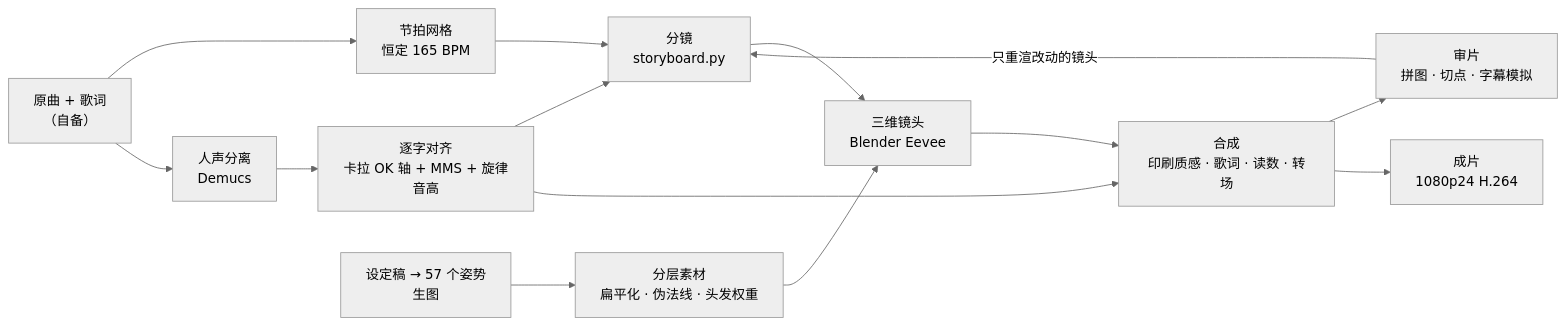
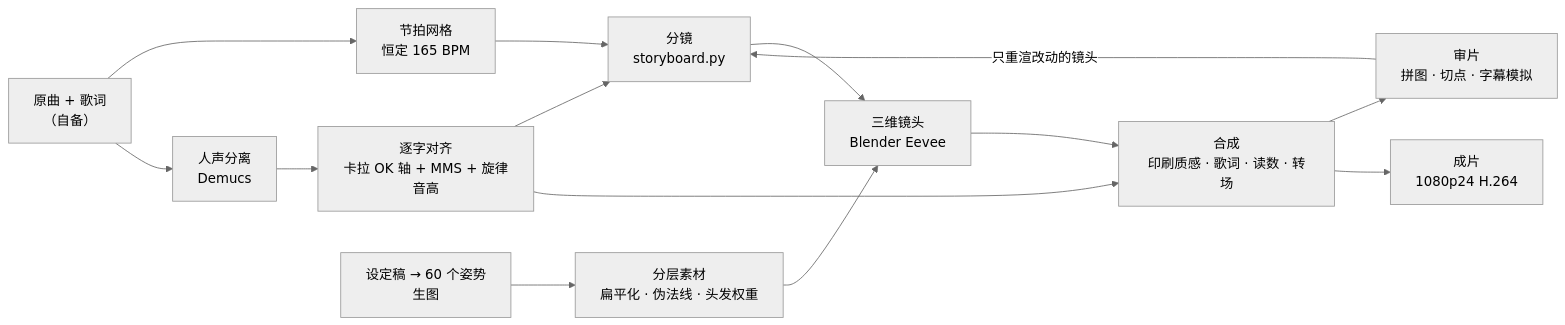
Before and after one commit to RepressedAlliance/MeltDown: the diagram in README.md, drawn with Mermaid (neutral theme). The commit also changed other lines of this file and 41 other files, not shown here.

````diff
--- a/README.md
+++ b/README.md
@@ -101,16 +101,16 @@
 ```mermaid
 flowchart LR
   A["原曲 + 歌词<br/>（自备）"] --> B["节拍网格<br/>恒定 165 BPM"]
   A --> C["人声分离<br/>Demucs"]
   C --> D["逐字对齐<br/>卡拉 OK 轴 + MMS + 旋律音高"]
-  E["设定稿 → 57 个姿势<br/>生图"] --> F["分层素材<br/>扁平化 · 伪法线 · 头发权重"]
+  E["设定稿 → 60 个姿势<br/>生图"] --> F["分层素材<br/>扁平化 · 伪法线 · 头发权重"]
   B --> G["分镜<br/>storyboard.py"]
   D --> G
   G --> H["三维镜头<br/>Blender Eevee"]
   F --> H
   H --> I["合成<br/>印刷质感 · 歌词 · 读数 · 转场"]
   D --> I
   I --> J["审片<br/>拼图 · 切点 · 字幕模拟"]
   J -- "只重渲改动的镜头" --> G
   I --> K["成片<br/>1080p24 H.264"]
 ```
````
